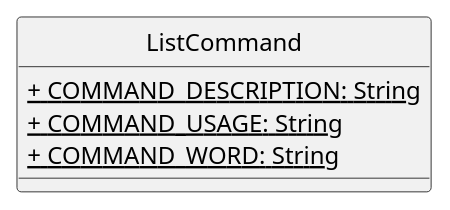
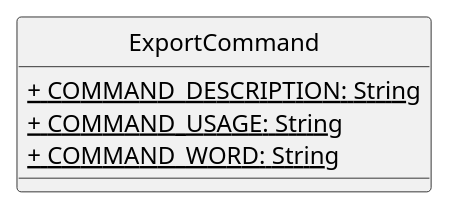
One commit to nus-cs2113-AY2223S1/tp changed the diagram in docs/UMLdiagrams/ExportCommandClass.puml. Above: the diagram before and after it, drawn with PlantUML. The commit also changed 13 other files, not shown here.

Commit message:
Add class uml diagram for remaining commands

```diff
--- a/docs/UMLdiagrams/ExportCommandClass.puml
+++ b/docs/UMLdiagrams/ExportCommandClass.puml
@@ -1,12 +1,12 @@
 @startuml
 'https://plantuml.com/class-diagram
 hide circle
 skinparam classAttributeIconSize 0
 
-class ListCommand {
+class ExportCommand {
     <u>+ COMMAND_DESCRIPTION: String
     <u>+ COMMAND_USAGE: String
     <u>+ COMMAND_WORD: String
 }
 
 @enduml
```
